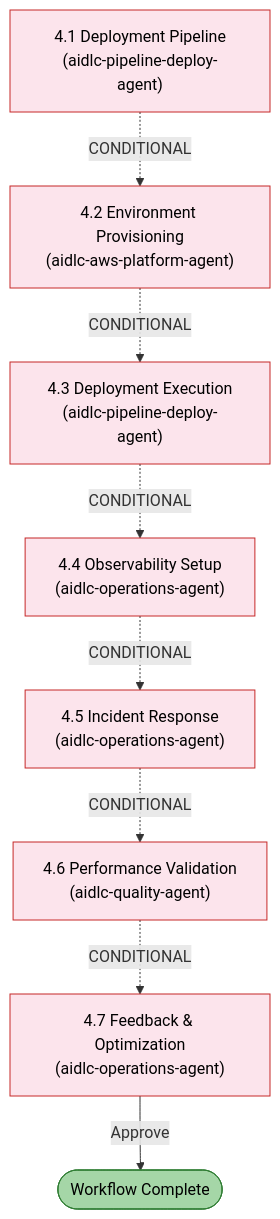
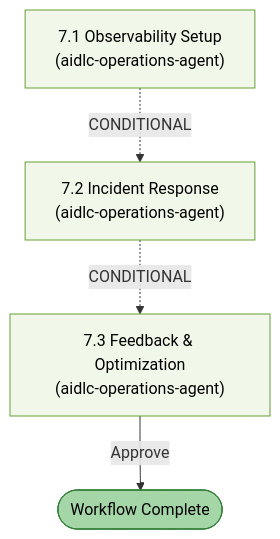
One commit to devsoftx/aidlc-workflows changed the sixth of 6 diagrams in docs/guide/04-phases-and-stages.md. Above: the diagram before and after it, drawn with Mermaid. The commit also changed other lines of this file and 34 other files, not shown here.

````diff
--- a/docs/guide/04-phases-and-stages.md
+++ b/docs/guide/04-phases-and-stages.md
@@ -415,28 +478,16 @@
 ```mermaid
 flowchart TD
-    S41["4.1 Deployment Pipeline\n(aidlc-pipeline-deploy-agent)"]
-    S42["4.2 Environment Provisioning\n(aidlc-aws-platform-agent)"]
-    S43["4.3 Deployment Execution\n(aidlc-pipeline-deploy-agent)"]
-    S44["4.4 Observability Setup\n(aidlc-operations-agent)"]
-    S45["4.5 Incident Response\n(aidlc-operations-agent)"]
-    S46["4.6 Performance Validation\n(aidlc-quality-agent)"]
-    S47["4.7 Feedback & Optimization\n(aidlc-operations-agent)"]
+    S71["7.1 Observability Setup\n(aidlc-operations-agent)"]
+    S72["7.2 Incident Response\n(aidlc-operations-agent)"]
+    S73["7.3 Feedback & Optimization\n(aidlc-operations-agent)"]
 
-    S41 -.->|CONDITIONAL| S42
-    S42 -.->|CONDITIONAL| S43
-    S43 -.->|CONDITIONAL| S44
-    S44 -.->|CONDITIONAL| S45
-    S45 -.->|CONDITIONAL| S46
-    S46 -.->|CONDITIONAL| S47
+    S71 -.->|CONDITIONAL| S72
+    S72 -.->|CONDITIONAL| S73
 
-    S47 -->|"Approve"| DONE(["Workflow Complete"])
+    S73 -->|"Approve"| DONE(["Workflow Complete"])
 
-    style S41 fill:#fce4ec,stroke:#c62828,color:#000
-    style S42 fill:#fce4ec,stroke:#c62828,color:#000
-    style S43 fill:#fce4ec,stroke:#c62828,color:#000
-    style S44 fill:#fce4ec,stroke:#c62828,color:#000
-    style S45 fill:#fce4ec,stroke:#c62828,color:#000
-    style S46 fill:#fce4ec,stroke:#c62828,color:#000
-    style S47 fill:#fce4ec,stroke:#c62828,color:#000
+    style S71 fill:#f1f8e9,stroke:#689f38,color:#000
+    style S72 fill:#f1f8e9,stroke:#689f38,color:#000
+    style S73 fill:#f1f8e9,stroke:#689f38,color:#000
     style DONE fill:#a5d6a7,stroke:#2e7d32,color:#000
 ```
````
